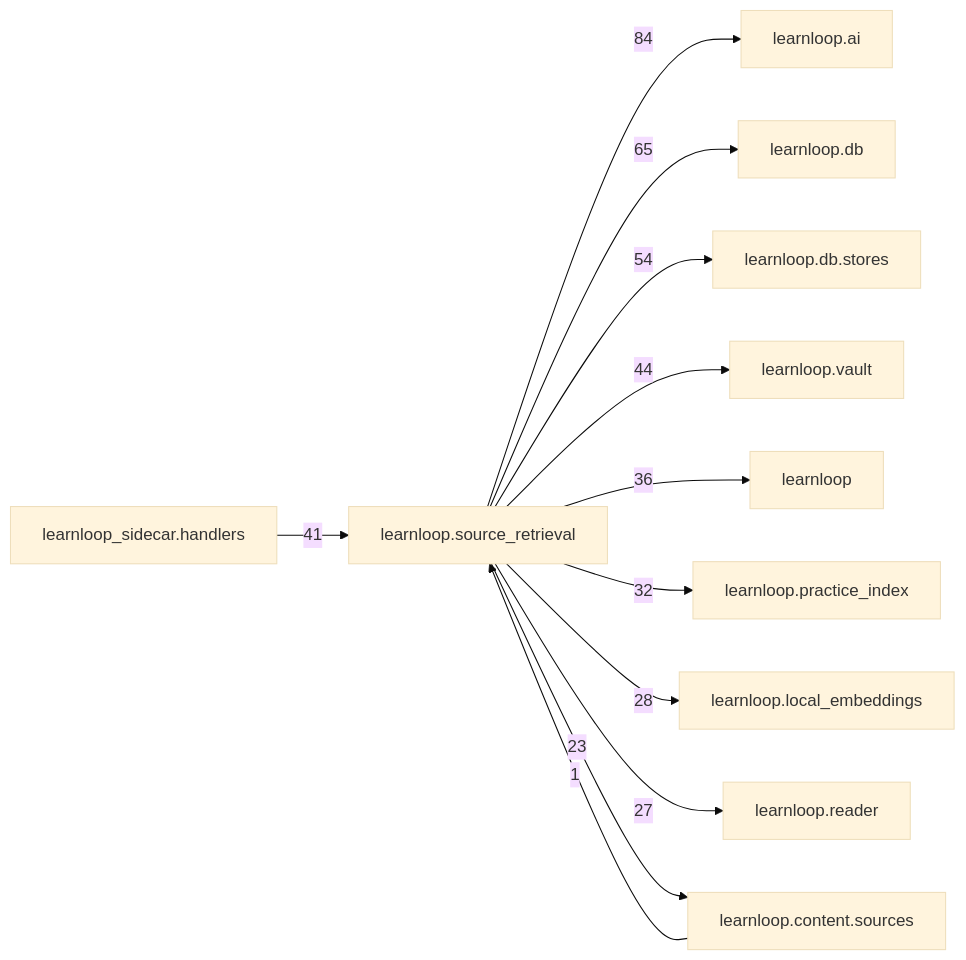
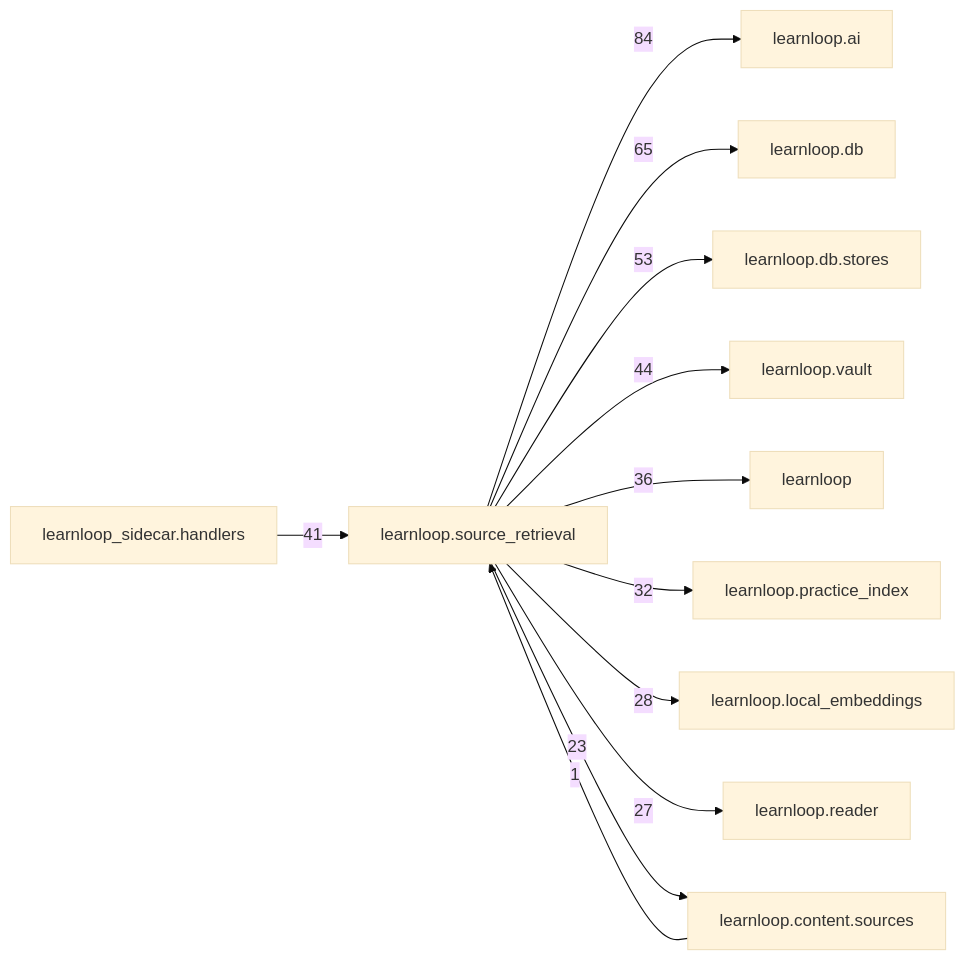
One commit to 6up-b/learnanything changed the diagram in docs/learnloop-architecture-vault/Reference/Modules/learnloop/source_retrieval/_package.md. Above: the diagram before and after it, drawn with Mermaid (base theme). The commit also changed other lines of this file and 209 other files, not shown here.

````diff
--- a/docs/learnloop-architecture-vault/Reference/Modules/learnloop/source_retrieval/_package.md
+++ b/docs/learnloop-architecture-vault/Reference/Modules/learnloop/source_retrieval/_package.md
@@ -183,25 +183,25 @@
 ```mermaid
 flowchart LR
     center["learnloop.source_retrieval"]
     n_learnloop_ai["learnloop.ai"]
     n_learnloop_db["learnloop.db"]
     n_learnloop_db_stores["learnloop.db.stores"]
     n_learnloop_vault["learnloop.vault"]
     n_learnloop_sidecar_handlers["learnloop_sidecar.handlers"]
     n_learnloop["learnloop"]
     n_learnloop_practice_index["learnloop.practice_index"]
     n_learnloop_local_embeddings["learnloop.local_embeddings"]
     n_learnloop_reader["learnloop.reader"]
     n_learnloop_content_sources["learnloop.content.sources"]
     center -->|84| n_learnloop_ai
     center -->|65| n_learnloop_db
-    center -->|54| n_learnloop_db_stores
+    center -->|53| n_learnloop_db_stores
     center -->|44| n_learnloop_vault
     n_learnloop_sidecar_handlers -->|41| center
     center -->|36| n_learnloop
     center -->|32| n_learnloop_practice_index
     center -->|28| n_learnloop_local_embeddings
     center -->|27| n_learnloop_reader
     n_learnloop_content_sources -->|1| center
     center -->|23| n_learnloop_content_sources
 ```
````
